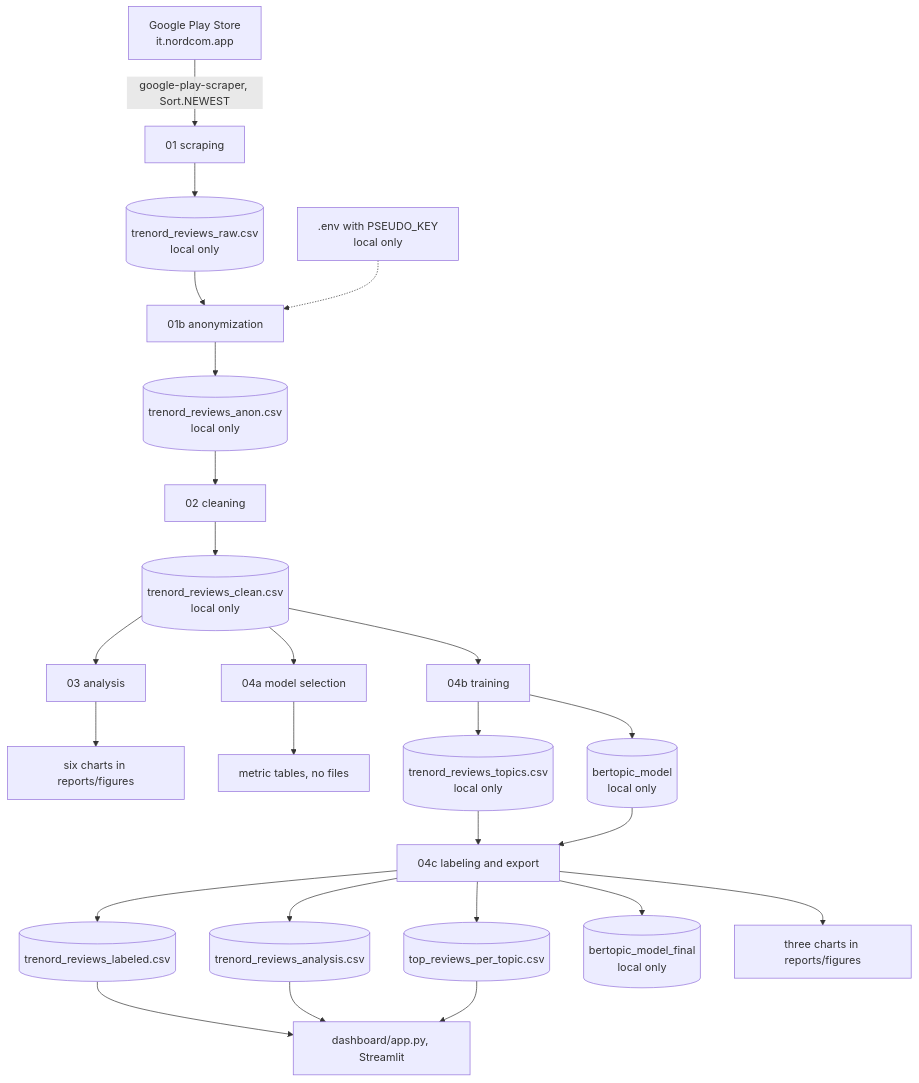
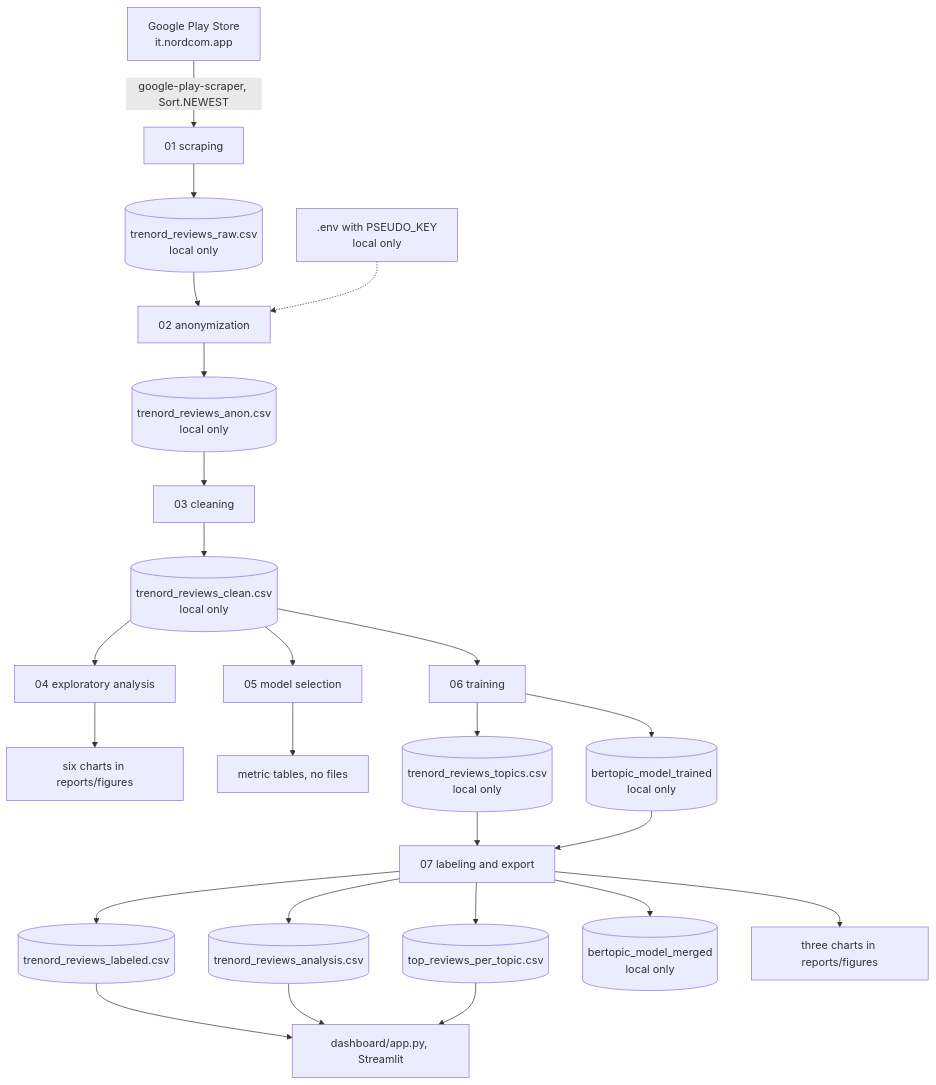
One commit to paolotroia-datavizlab/trenord-reviews-bertopic changed the diagram in docs/architecture.md. Above: the diagram before and after it, drawn with Mermaid. The commit also changed other lines of this file and 13 other files, not shown here.

Commit message:
Renumber notebooks 01 to 07, rename model folders, document min_samples, K-Means choice, limits and planned sentiment analysis

````diff
--- a/docs/architecture.md
+++ b/docs/architecture.md
@@ -33,27 +33,27 @@
 ```mermaid
 flowchart TD
     PS["Google Play Store<br/>it.nordcom.app"] -->|"google-play-scraper, Sort.NEWEST"| N01["01 scraping"]
     N01 --> RAW[("trenord_reviews_raw.csv<br/>local only")]
-    RAW --> N01b["01b anonymization"]
-    ENV[".env with PSEUDO_KEY<br/>local only"] -.-> N01b
-    N01b --> ANON[("trenord_reviews_anon.csv<br/>local only")]
-    ANON --> N02["02 cleaning"]
-    N02 --> CLEAN[("trenord_reviews_clean.csv<br/>local only")]
-    CLEAN --> N03["03 analysis"]
-    N03 --> PNG["six charts in reports/figures"]
-    CLEAN --> N04a["04a model selection"]
-    N04a --> TABLES["metric tables, no files"]
-    CLEAN --> N04b["04b training"]
-    N04b --> TOPICS[("trenord_reviews_topics.csv<br/>local only")]
-    N04b --> MODEL[("bertopic_model<br/>local only")]
-    TOPICS --> N04c["04c labeling and export"]
-    MODEL --> N04c
-    N04c --> LAB[("trenord_reviews_labeled.csv")]
-    N04c --> ANA[("trenord_reviews_analysis.csv")]
-    N04c --> TOP[("top_reviews_per_topic.csv")]
-    N04c --> FINAL[("bertopic_model_final<br/>local only")]
-    N04c --> PNG2["three charts in reports/figures"]
+    RAW --> N02["02 anonymization"]
+    ENV[".env with PSEUDO_KEY<br/>local only"] -.-> N02
+    N02 --> ANON[("trenord_reviews_anon.csv<br/>local only")]
+    ANON --> N03["03 cleaning"]
+    N03 --> CLEAN[("trenord_reviews_clean.csv<br/>local only")]
+    CLEAN --> N04["04 exploratory analysis"]
+    N04 --> PNG["six charts in reports/figures"]
+    CLEAN --> N05["05 model selection"]
+    N05 --> TABLES["metric tables, no files"]
+    CLEAN --> N06["06 training"]
+    N06 --> TOPICS[("trenord_reviews_topics.csv<br/>local only")]
+    N06 --> MODEL[("bertopic_model_trained<br/>local only")]
+    TOPICS --> N07["07 labeling and export"]
+    MODEL --> N07
+    N07 --> LAB[("trenord_reviews_labeled.csv")]
+    N07 --> ANA[("trenord_reviews_analysis.csv")]
+    N07 --> TOP[("top_reviews_per_topic.csv")]
+    N07 --> FINAL[("bertopic_model_merged<br/>local only")]
+    N07 --> PNG2["three charts in reports/figures"]
     LAB --> DASH["dashboard/app.py, Streamlit"]
     ANA --> DASH
     TOP --> DASH
 ```
````
